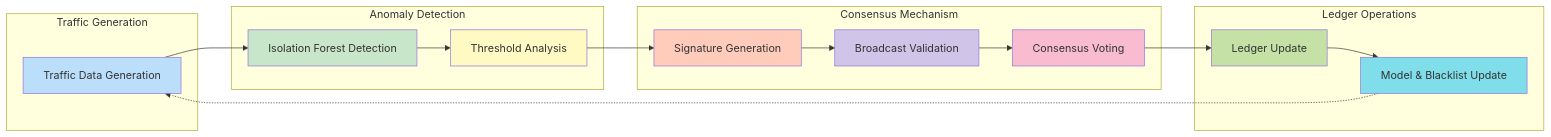
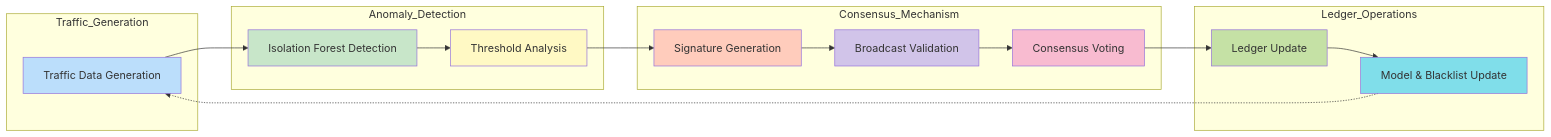
One commit to tanm-sys/build changed the second of 3 diagrams in decentralized-ai-simulation/docs/README.md. Above: the diagram before and after it, drawn with Mermaid. The commit also changed other lines of this file and 5 other files, not shown here.

Commit message:
Fix Mermaid diagram parse errors in Markdown files (resolve LINK token issues on line 29 and others)

````diff
--- a/decentralized-ai-simulation/docs/README.md
+++ b/decentralized-ai-simulation/docs/README.md
@@ -269,40 +269,40 @@
 ```mermaid
 flowchart LR
-    subgraph "Traffic Generation"
+    subgraph "Traffic_Generation"
         TG[Traffic Data Generation]
     end
     
-    subgraph "Anomaly Detection"
+    subgraph "Anomaly_Detection"
         AD[Isolation Forest Detection]
         TH[Threshold Analysis]
     end
     
-    subgraph "Consensus Mechanism"
+    subgraph "Consensus_Mechanism"
         SG[Signature Generation]
         BV[Broadcast Validation]
         CV[Consensus Voting]
     end
     
-    subgraph "Ledger Operations"
+    subgraph "Ledger_Operations"
         LO[Ledger Update]
         AU[Model & Blacklist Update]
     end
     
     TG --> AD
     AD --> TH
     TH --> SG
     SG --> BV
     BV --> CV
     CV --> LO
     LO --> AU
     AU -.-> TG
     
     style TG fill:#bbdefb
     style AD fill:#c8e6c9
     style TH fill:#fff9c4
     style SG fill:#ffccbc
     style BV fill:#d1c4e9
     style CV fill:#f8bbd0
     style LO fill:#c5e1a5
     style AU fill:#80deea
 ```
````
